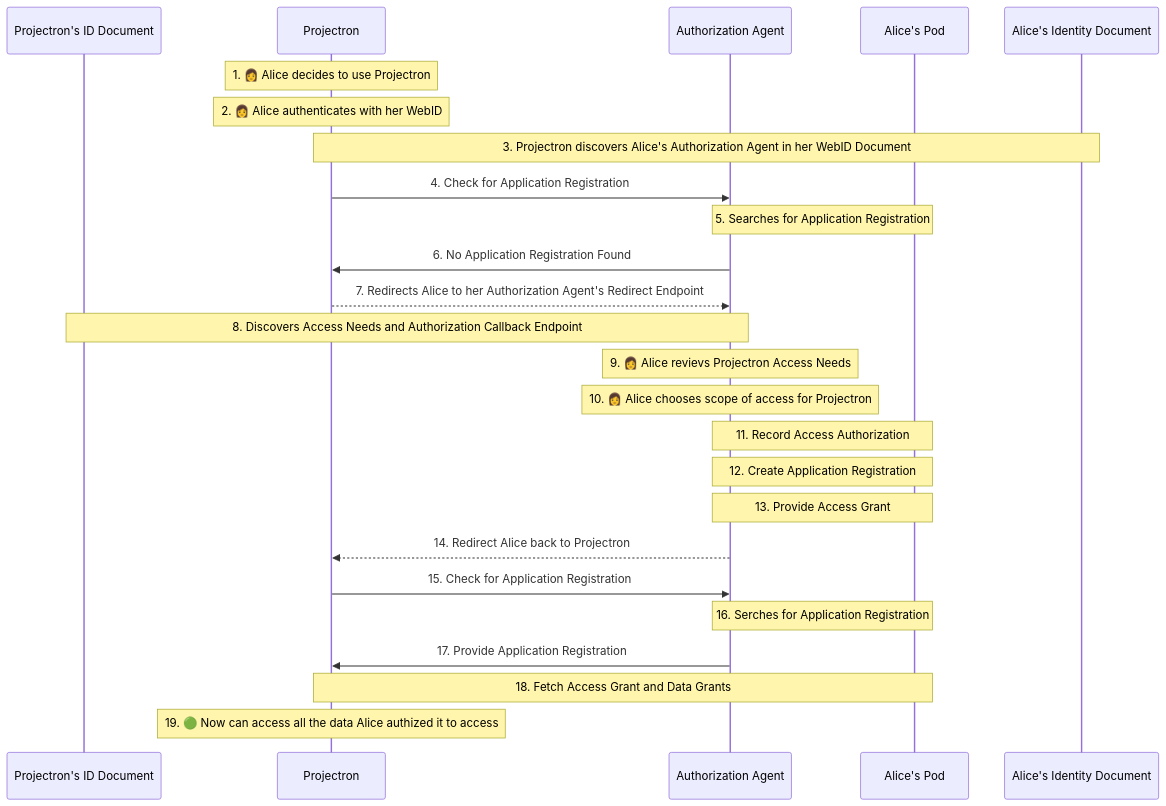
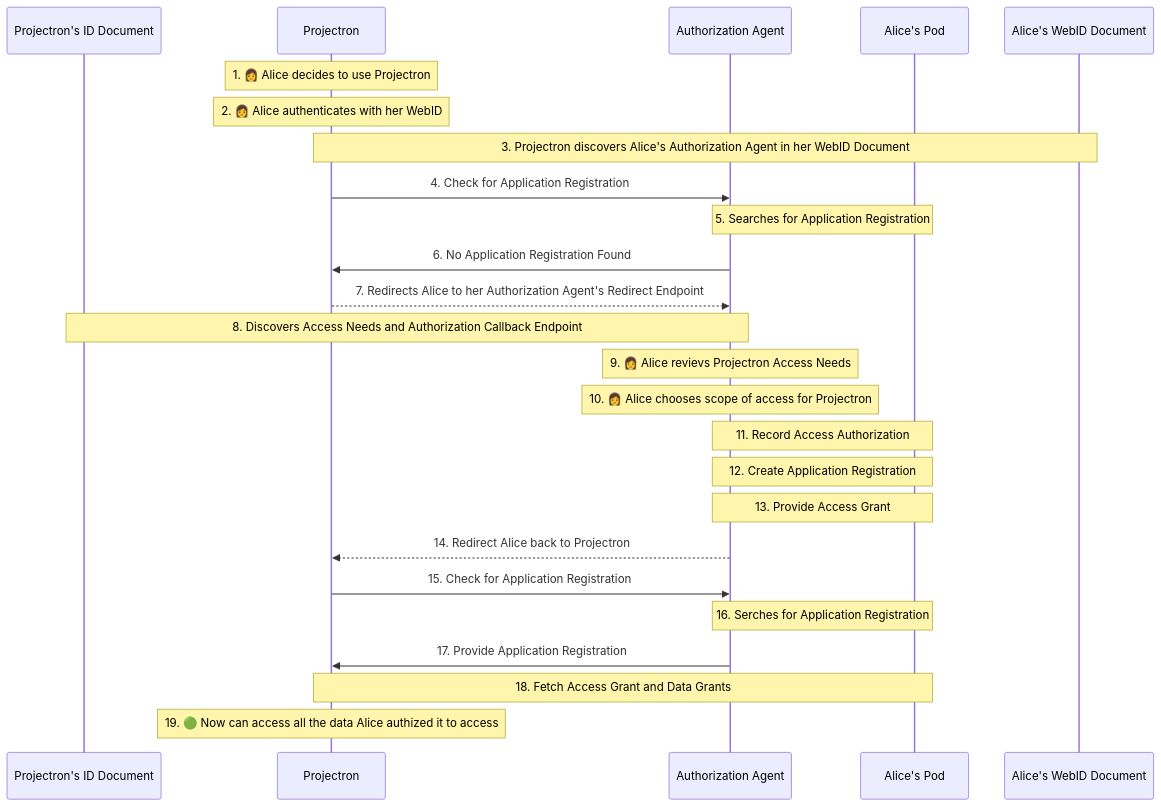
The diagram in proposals/primer/diagrams/application-requests-access-flow.seq.mmd (solid/data-interoperability-panel), drawn with Mermaid before and after one commit. The commit also changed 6 other files, not shown here.

```diff
--- a/proposals/primer/diagrams/application-requests-access-flow.seq.mmd
+++ b/proposals/primer/diagrams/application-requests-access-flow.seq.mmd
@@ -1,25 +1,25 @@
 sequenceDiagram
     participant Projectron's ID Document
     participant Projectron
     participant Authorization Agent
     participant Alice's Pod
-    participant Alice's Identity Document
+    participant Alice's WebID Document
     Note over Projectron: 1. 👩 Alice decides to use Projectron
     Note over Projectron: 2. 👩 Alice authenticates with her WebID
-    Note over Alice's Identity Document,Projectron: 3. Projectron discovers Alice's Authorization Agent in her WebID Document
+    Note over Alice's WebID Document,Projectron: 3. Projectron discovers Alice's Authorization Agent in her WebID Document
     Projectron->>Authorization Agent: 4. Check for Application Registration
     Note over Authorization Agent, Alice's Pod: 5. Searches for Application Registration
     Authorization Agent->>Projectron: 6. No Application Registration Found
     Projectron-->>Authorization Agent: 7. Redirects Alice to her Authorization Agent's Redirect Endpoint
     Note over Projectron's ID Document, Authorization Agent: 8. Discovers Access Needs and Authorization Callback Endpoint
     Note over Authorization Agent: 9. 👩 Alice revievs Projectron Access Needs
     Note over Authorization Agent: 10. 👩 Alice chooses scope of access for Projectron
     Note over Authorization Agent, Alice's Pod: 11. Record Access Authorization
     Note over Authorization Agent, Alice's Pod: 12. Create Application Registration
     Note over Authorization Agent, Alice's Pod: 13. Provide Access Grant
     Authorization Agent-->>Projectron: 14. Redirect Alice back to Projectron
     Projectron->>Authorization Agent: 15. Check for Application Registration
     Note over Authorization Agent, Alice's Pod: 16. Serches for Application Registration
     Authorization Agent->>Projectron: 17. Provide Application Registration
     Note over Projectron, Alice's Pod: 18. Fetch Access Grant and Data Grants
     Note over Projectron: 19. 🟢 Now can access all the data Alice authized it to access
```
